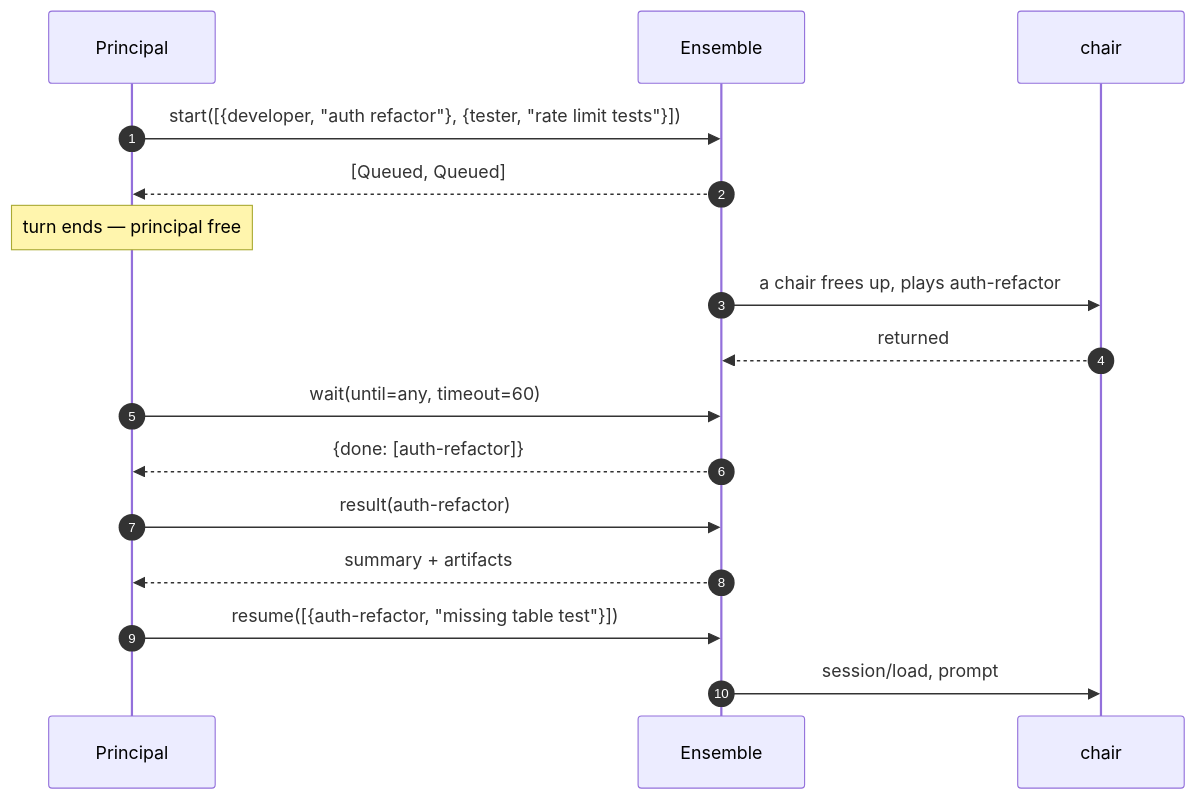
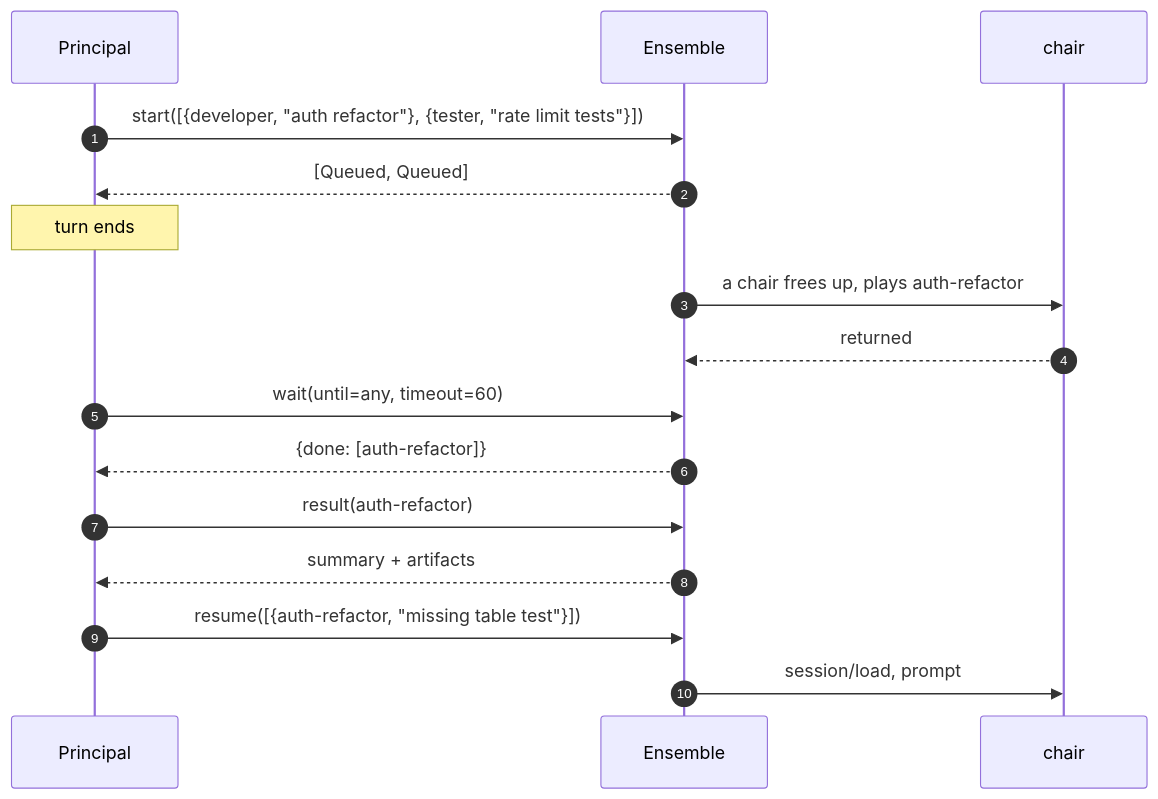
Before and after one commit to noclearreaction/symphony-maestro: the fourth of 5 diagrams in docs/ensemble/README.md, drawn with Mermaid. The commit also changed other lines of this file, not shown here.

````diff
--- a/docs/ensemble/README.md
+++ b/docs/ensemble/README.md
@@ -634,18 +542,18 @@
 ```mermaid
 sequenceDiagram
   autonumber
   participant O as Principal
   participant E as Ensemble
   participant C as chair
   O->>E: start([{developer, "auth refactor"}, {tester, "rate limit tests"}])
   E-->>O: [Queued, Queued]
-  Note over O: turn ends — principal free
+  Note over O: turn ends
   E->>C: a chair frees up, plays auth-refactor
   C-->>E: returned
   O->>E: wait(until=any, timeout=60)
   E-->>O: {done: [auth-refactor]}
   O->>E: result(auth-refactor)
   E-->>O: summary + artifacts
   O->>E: resume([{auth-refactor, "missing table test"}])
   E->>C: session/load, prompt
 ```
````
